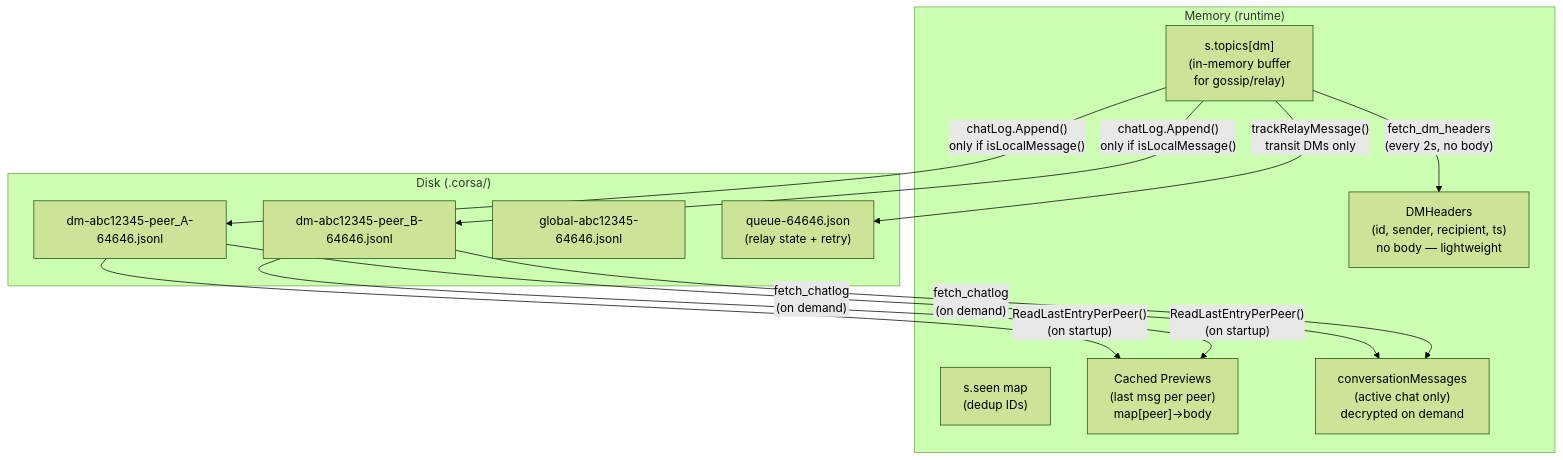
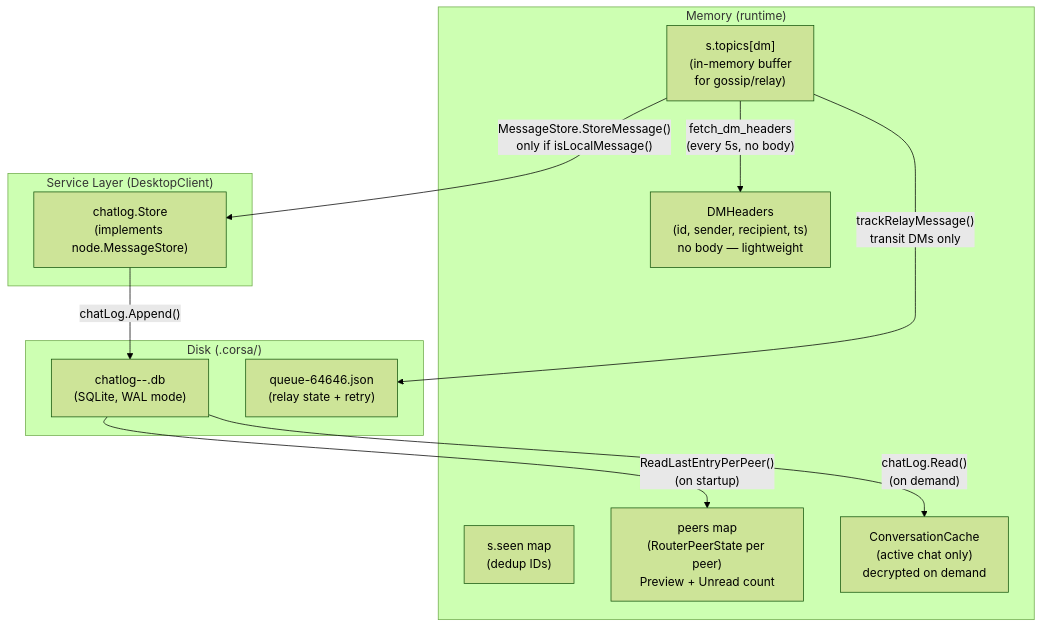
Before and after one commit to piratecash/corsa: the first of 16 diagrams in docs/chatlog.md, drawn with Mermaid (forest theme). The commit also changed other lines of this file and 35 other files, not shown here.

First line of the commit message:
feat(service): extract DMRouter, migrate chatlog to SQLite, add structured logging

````diff
--- a/docs/chatlog.md
+++ b/docs/chatlog.md
@@ -15,26 +20,26 @@
 ```mermaid
 flowchart TB
     subgraph MEMORY["Memory (runtime)"]
         TOPICS["s.topics[dm]\n(in-memory buffer\nfor gossip/relay)"]
         SEEN["s.seen map\n(dedup IDs)"]
         HEADERS["DMHeaders\n(id, sender, recipient, ts)\nno body — lightweight"]
-        PREVIEWS["Cached Previews\n(last msg per peer)\nmap[peer]→body"]
-        CONV["conversationMessages\n(active chat only)\ndecrypted on demand"]
+        PEERS["peers map\n(RouterPeerState per peer)\nPreview + Unread count"]
+        CACHE["ConversationCache\n(active chat only)\ndecrypted on demand"]
+    end
+
+    subgraph SVC["Service Layer (DesktopClient)"]
+        CHATLOG["chatlog.Store\n(implements node.MessageStore)"]
     end
 
     subgraph DISK["Disk (.corsa/)"]
-        FILE_A["dm-abc12345-peer_A-64646.jsonl"]
-        FILE_B["dm-abc12345-peer_B-64646.jsonl"]
-        FILE_G["global-abc12345-64646.jsonl"]
+        DB["chatlog-<identity_short>-<port>.db\n(SQLite, WAL mode)"]
         QUEUE["queue-64646.json\n(relay state + retry)"]
     end
 
-    TOPICS -->|"chatLog.Append()\nonly if isLocalMessage()"| FILE_A
-    TOPICS -->|"chatLog.Append()\nonly if isLocalMessage()"| FILE_B
+    TOPICS -->|"MessageStore.StoreMessage()\nonly if isLocalMessage()"| CHATLOG
+    CHATLOG -->|"chatLog.Append()"| DB
     TOPICS -->|"trackRelayMessage()\ntransit DMs only"| QUEUE
-    FILE_A -->|"fetch_chatlog\n(on demand)"| CONV
-    FILE_B -->|"fetch_chatlog\n(on demand)"| CONV
-    FILE_A -->|"ReadLastEntryPerPeer()\n(on startup)"| PREVIEWS
-    FILE_B -->|"ReadLastEntryPerPeer()\n(on startup)"| PREVIEWS
-    TOPICS -->|"fetch_dm_headers\n(every 2s, no body)"| HEADERS
+    DB -->|"chatLog.Read()\n(on demand)"| CACHE
+    DB -->|"ReadLastEntryPerPeer()\n(on startup)"| PEERS
+    TOPICS -->|"fetch_dm_headers\n(every 5s, no body)"| HEADERS
 ```
````
